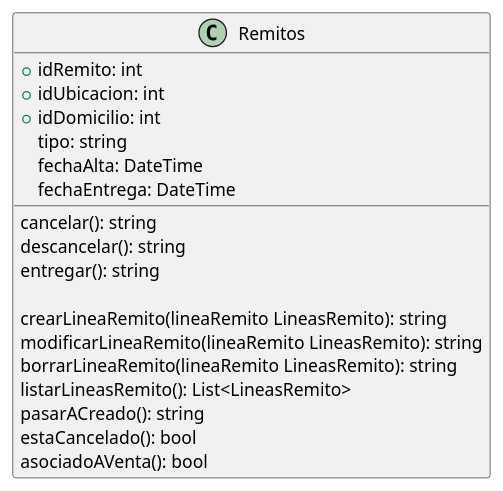
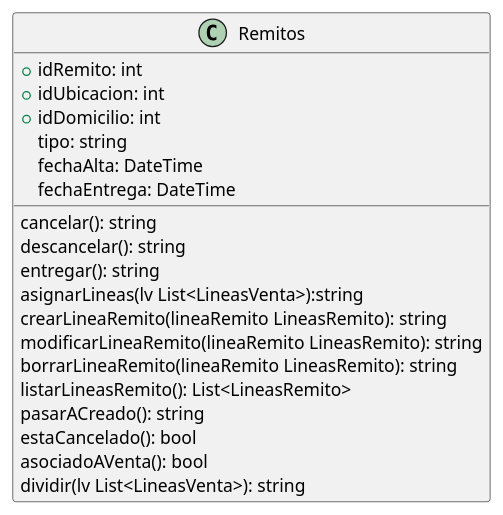
The diagram in DiagramaClases/Clases/Remitos.puml (ZMGestion/DocumentacionZMGestion), drawn with PlantUML before and after one commit. The commit also changed 5 other files, not shown here.

```diff
--- a/DiagramaClases/Clases/Remitos.puml
+++ b/DiagramaClases/Clases/Remitos.puml
@@ -1,22 +1,23 @@
 @startuml Remitos
 class Remitos{
     +idRemito: int
     +idUbicacion: int
     +idDomicilio: int
     tipo: string
     fechaAlta: DateTime
     fechaEntrega: DateTime
     
     cancelar(): string
     descancelar(): string
     entregar(): string
-
+    asignarLineas(lv List<LineasVenta>):string
     crearLineaRemito(lineaRemito LineasRemito): string
     modificarLineaRemito(lineaRemito LineasRemito): string
     borrarLineaRemito(lineaRemito LineasRemito): string
     listarLineasRemito(): List<LineasRemito>
     pasarACreado(): string
     estaCancelado(): bool
     asociadoAVenta(): bool
+    dividir(lv List<LineasVenta>): string
 }
 @enduml
```
